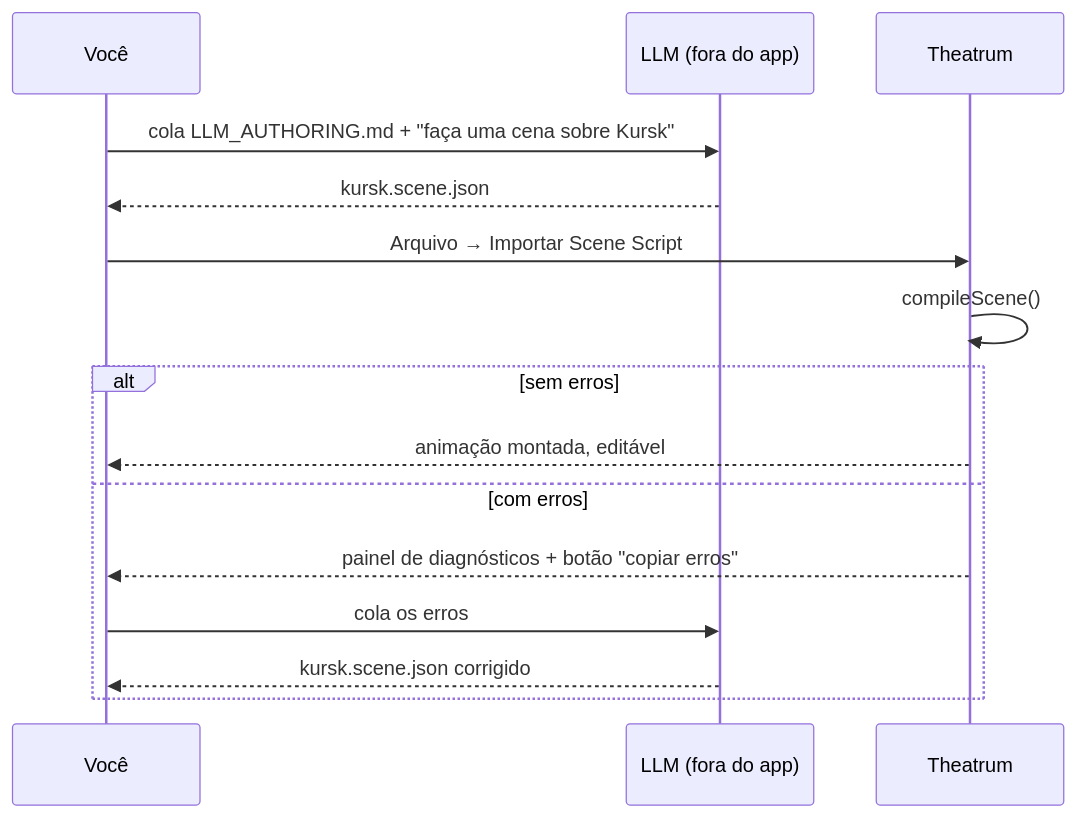
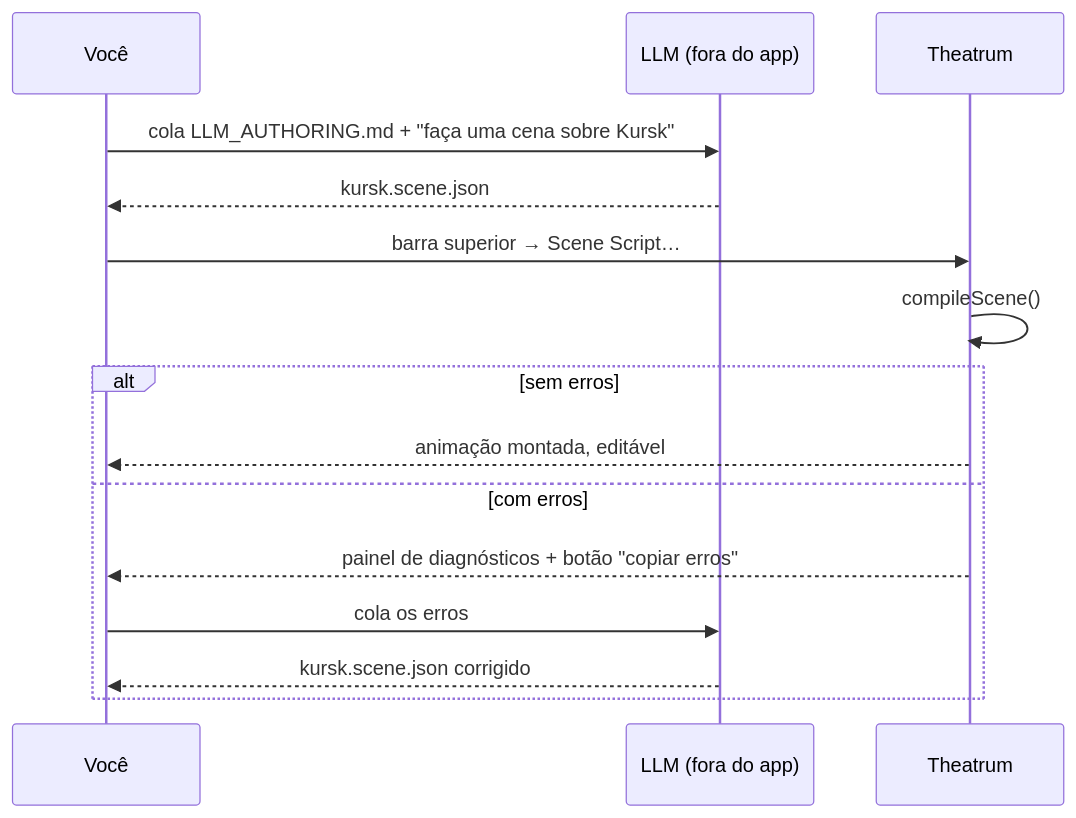
The second of 2 diagrams in docs/05-SCENE-SCRIPT.md (Syfer2025/mapli-ve), drawn with Mermaid before and after one commit. The commit also changed other lines of this file and 198 other files, not shown here.

````diff
--- a/docs/05-SCENE-SCRIPT.md
+++ b/docs/05-SCENE-SCRIPT.md
@@ -563,18 +573,18 @@
 ```mermaid
 sequenceDiagram
     participant U as Você
     participant AI as LLM (fora do app)
     participant ED as Theatrum
 
     U->>AI: cola LLM_AUTHORING.md + "faça uma cena sobre Kursk"
     AI-->>U: kursk.scene.json
-    U->>ED: Arquivo → Importar Scene Script
+    U->>ED: barra superior → Scene Script…
     ED->>ED: compileScene()
     alt sem erros
         ED-->>U: animação montada, editável
     else com erros
         ED-->>U: painel de diagnósticos + botão "copiar erros"
         U->>AI: cola os erros
         AI-->>U: kursk.scene.json corrigido
     end
 ```
````
